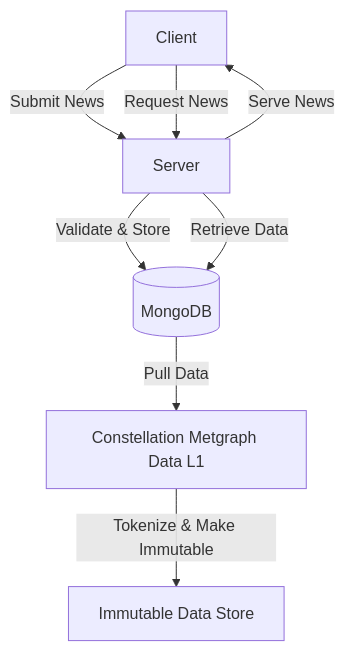
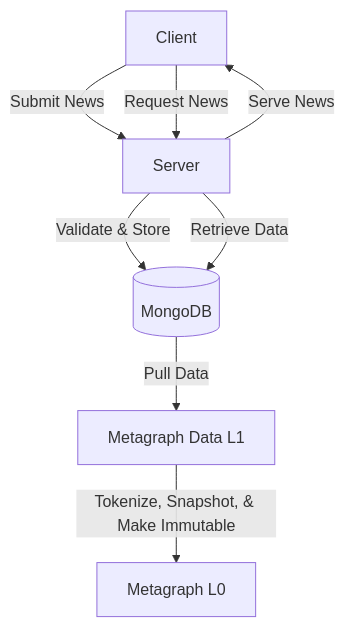
Before and after one commit to tobalo/immutable-news-api: the first of 2 diagrams in README.md, drawn with Mermaid.

Commit message:
design: refine component naming

````diff
--- a/README.md
+++ b/README.md
@@ -6,10 +6,10 @@
 ```mermaid
 flowchart TD
     A[Client] -->|Submit News| B[Server]
     B -->|Validate & Store| C[(MongoDB)]
-    C -->|Pull Data| D[Constellation Metgraph Data L1]
-    D -->|Tokenize & Make Immutable| E[Immutable Data Store]
+    C -->|Pull Data| D[Metagraph Data L1]
+    D -->|Tokenize, Snapshot, & Make Immutable| E[Metagraph L0]
     A -->|Request News| B
     B -->|Retrieve Data| C
     B -->|Serve News| A
 ```
````
